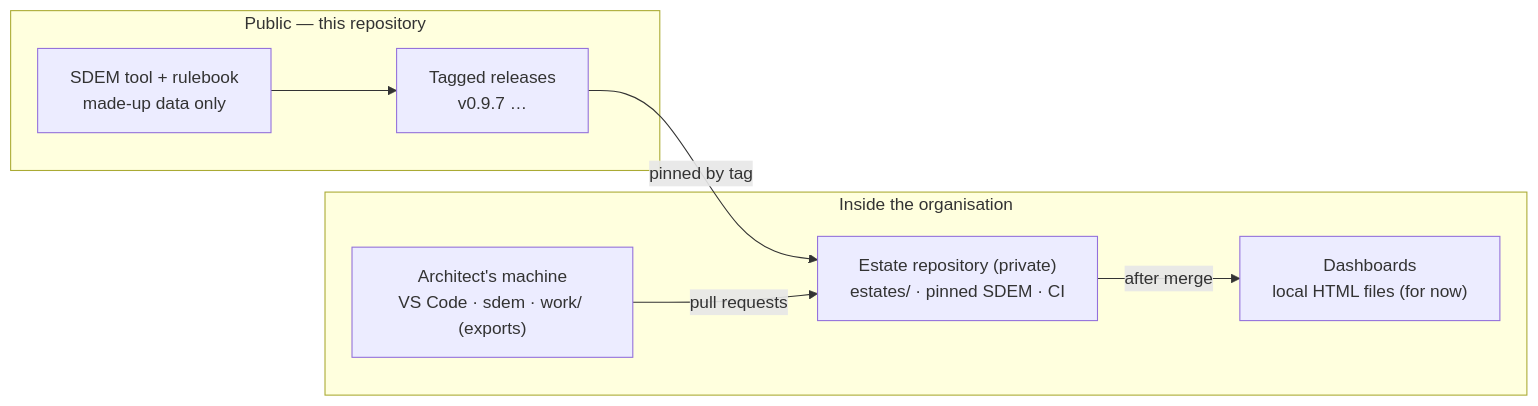
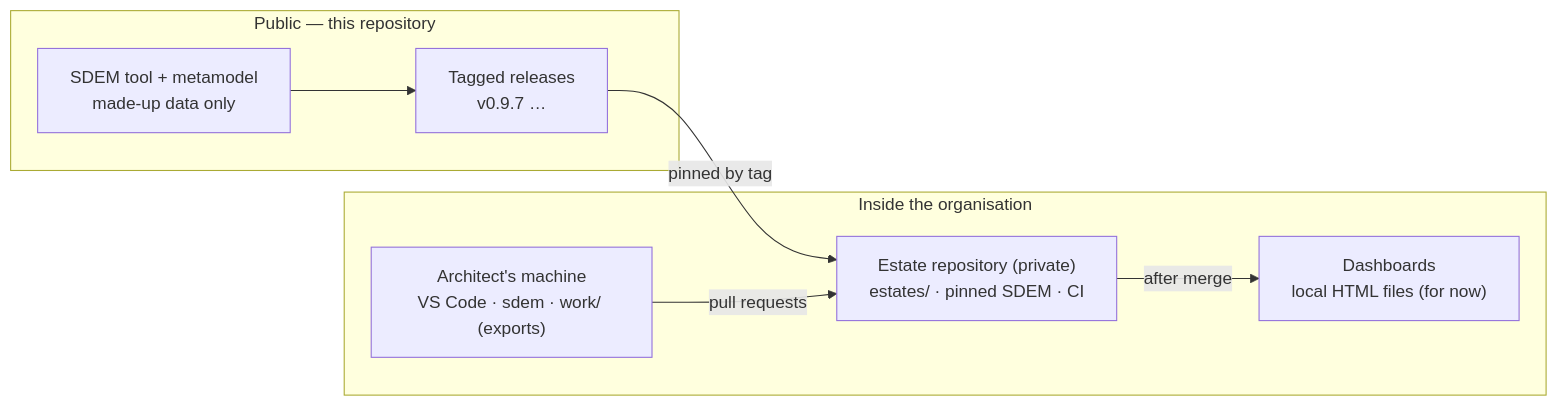
Before and after one commit to taumoeps/bian-sdem-framework: the diagram in docs/sdem-operating-model.md, drawn with Mermaid. The commit also changed other lines of this file and 71 other files, not shown here.

Commit message:
One name: metamodel — "rulebook" removed from documents, messages, help and code comments; files renamed (docs/sdem-metamodel-guide.md, docs/design/sdem-metamodel-versioning.md, tests/test_engine_metamodel.py); no data, command or option changes; historical records keep their original words

````diff
--- a/docs/sdem-operating-model.md
+++ b/docs/sdem-operating-model.md
@@ -7,14 +7,14 @@
 ```mermaid
 flowchart LR
     subgraph PUB["Public — this repository"]
-      T["SDEM tool + rulebook<br/>made-up data only"] --> REL["Tagged releases<br/>v0.9.7 …"]
+      T["SDEM tool + metamodel<br/>made-up data only"] --> REL["Tagged releases<br/>v0.9.7 …"]
     end
     subgraph ORG["Inside the organisation"]
       ER["Estate repository (private)<br/>estates/ · pinned SDEM · CI"]
       WS["Architect's machine<br/>VS Code · sdem · work/ (exports)"]
       H["Dashboards<br/>local HTML files (for now)"]
     end
     REL -- "pinned by tag" --> ER
     WS -- "pull requests" --> ER
     ER -- "after merge" --> H
 ```
````
